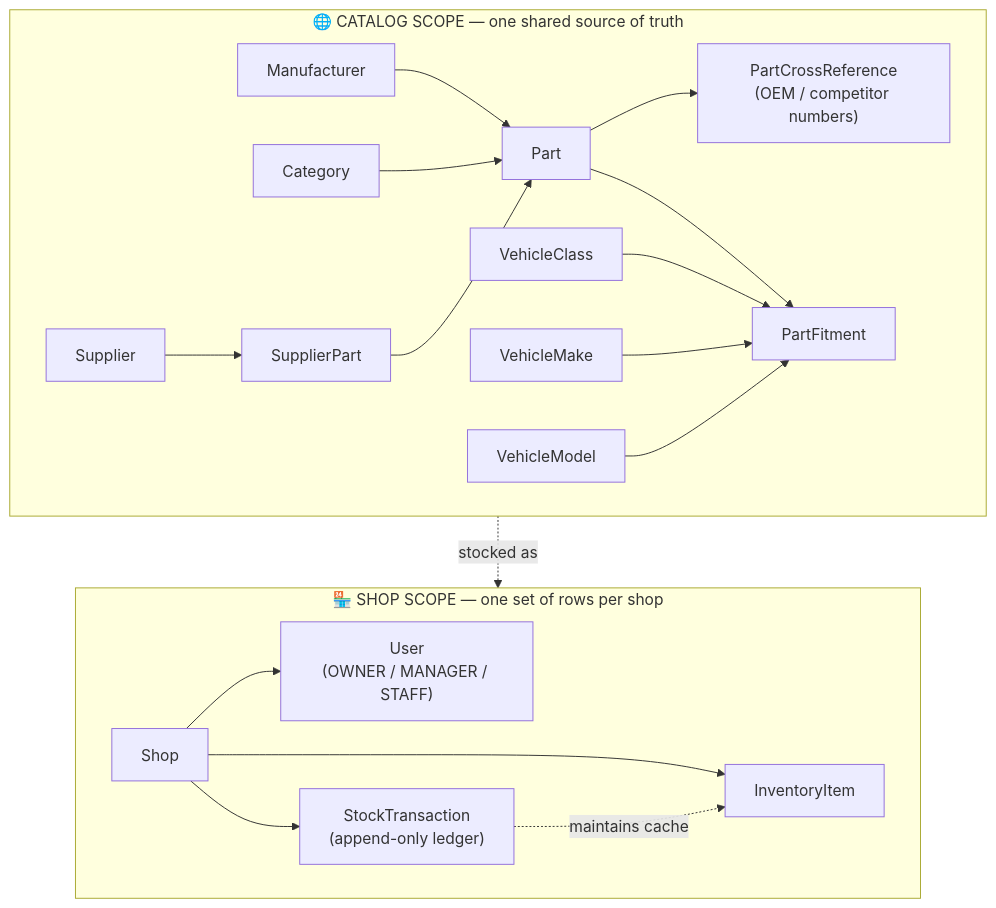
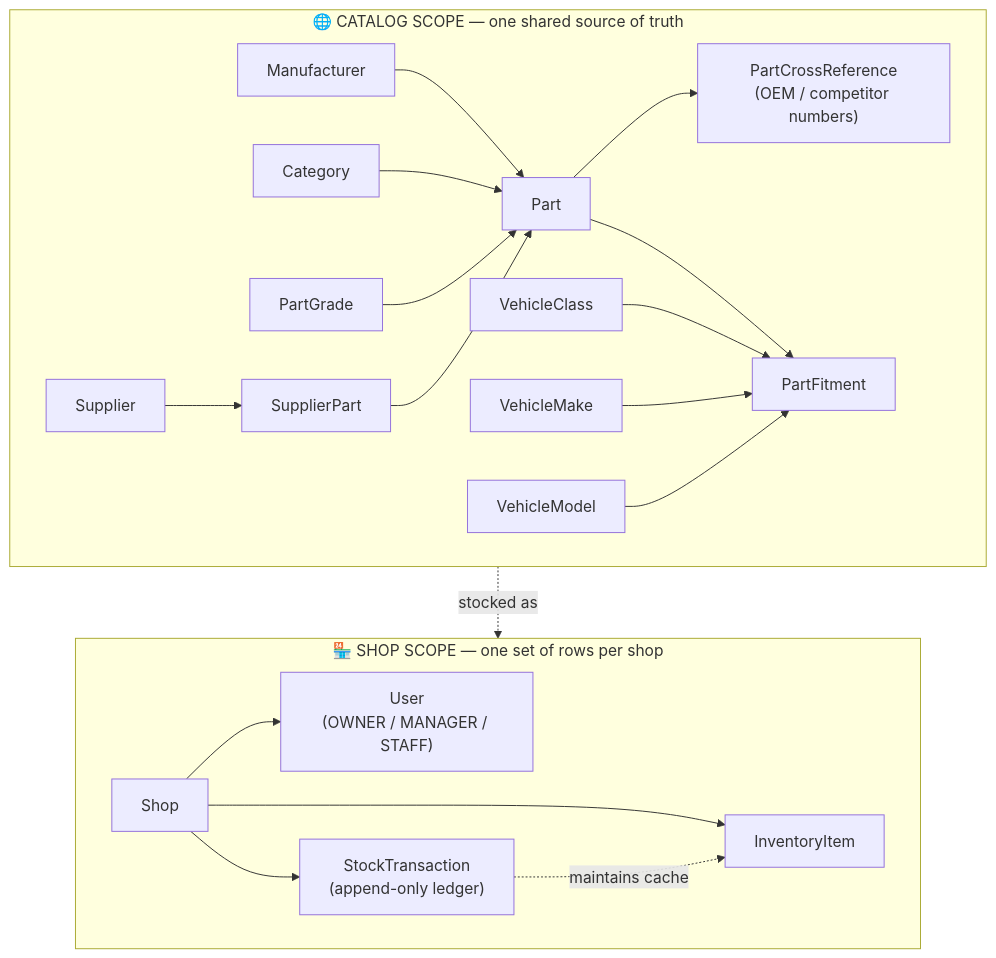
The second of 8 diagrams in docs/domain-model.md (ashwaniarya/shop-management), drawn with Mermaid before and after one commit. The commit also changed other lines of this file and 1 other file, not shown here.

First line of the commit message:
Document part grades and copy families in the domain model

````diff
--- a/docs/domain-model.md
+++ b/docs/domain-model.md
@@ -46,22 +46,23 @@
 ```mermaid
 flowchart TB
   subgraph CATALOG["🌐 CATALOG SCOPE — one shared source of truth"]
     direction LR
     Manufacturer --> Part
     Category --> Part
+    PartGrade --> Part
     Part --> PartCrossReference["PartCrossReference<br/>(OEM / competitor numbers)"]
     Part --> PartFitment
     Supplier --> SupplierPart --> Part
     VehicleClass --> PartFitment
     VehicleMake --> PartFitment
     VehicleModel --> PartFitment
   end
   subgraph SHOP["🏪 SHOP SCOPE — one set of rows per shop"]
     direction LR
     Shop --> User["User<br/>(OWNER / MANAGER / STAFF)"]
     Shop --> InventoryItem
     Shop --> StockTransaction["StockTransaction<br/>(append-only ledger)"]
     StockTransaction -. "maintains cache" .-> InventoryItem
   end
   Part -. "stocked as" .-> InventoryItem
 ```
````
